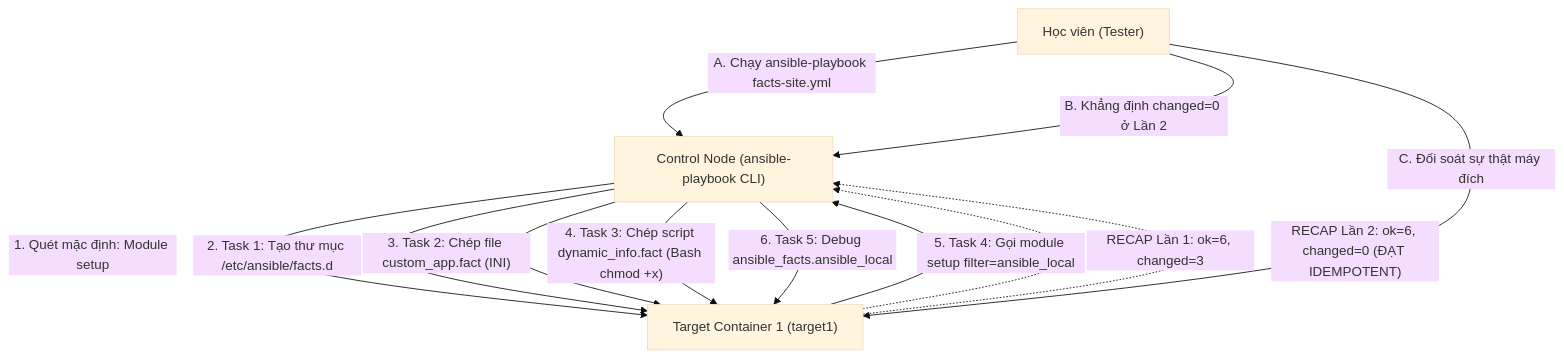
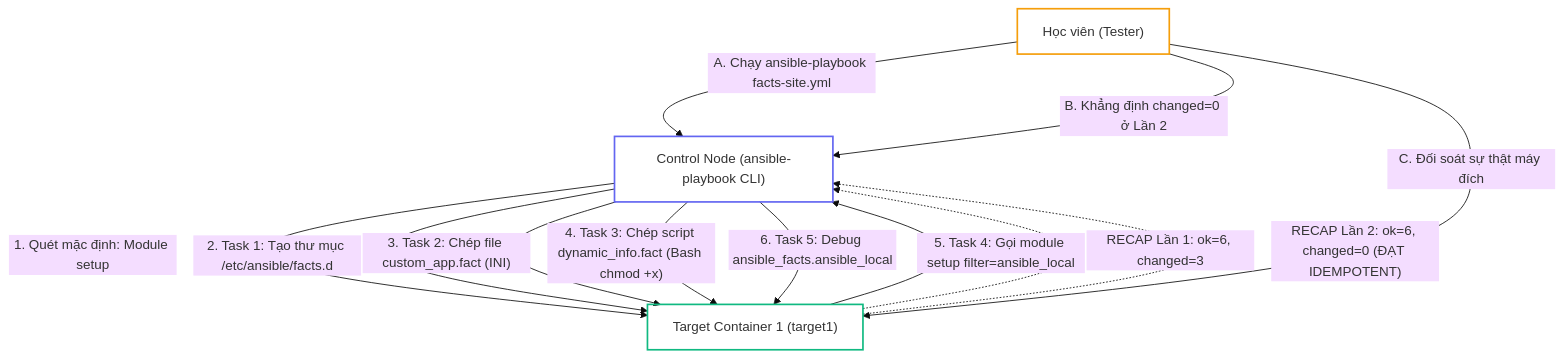
The third of 3 diagrams in _posts/2026-09-13-ansible-08-08-facts.md (kiennt308/ntk), drawn with Mermaid (base theme) before and after one commit. The commit also changed other lines of this file and 30 other files, not shown here.

````diff
--- a/_posts/2026-09-13-ansible-08-08-facts.md
+++ b/_posts/2026-09-13-ansible-08-08-facts.md
@@ -454,19 +474,23 @@
 ```mermaid
 graph TD
     SubGraph1["Control Node (ansible-playbook CLI)"] -->|"1. Quét mặc định: Module setup"| T1["Target Container 1 (target1)"]
     
     SubGraph1 -->|"2. Task 1: Tạo thư mục /etc/ansible/facts.d"| T1
     SubGraph1 -->|"3. Task 2: Chép file custom_app.fact (INI)"| T1
     SubGraph1 -->|"4. Task 3: Chép script dynamic_info.fact (Bash chmod +x)"| T1
     
     T1 -->|"5. Task 4: Gọi module setup filter=ansible_local"| SubGraph1
     
     SubGraph1 -->|"6. Task 5: Debug ansible_facts.ansible_local"| T1
     
-    T1 -. "RECAP Lần 1: ok=6, changed=3" .-> SubGraph1
-    T1 -. "RECAP Lần 2: ok=6, changed=0 (ĐẠT IDEMPOTENT)" .-> SubGraph1
+    T1 -.->|"RECAP Lần 1: ok=6, changed=3"| SubGraph1
+    T1 -.->|"RECAP Lần 2: ok=6, changed=0 (ĐẠT IDEMPOTENT)"| SubGraph1
     
     DEV["Học viên (Tester)"] -->|"A. Chạy ansible-playbook facts-site.yml"| SubGraph1
     DEV -->|"B. Khẳng định changed=0 ở Lần 2"| SubGraph1
     DEV -->|"C. Đối soát sự thật máy đích"| T1
+
+    style SubGraph1 fill:none,stroke:#6366f1,stroke-width:2px
+    style T1 fill:none,stroke:#10b981,stroke-width:2px
+    style DEV fill:none,stroke:#f59e0b,stroke-width:2px
 ```
````
